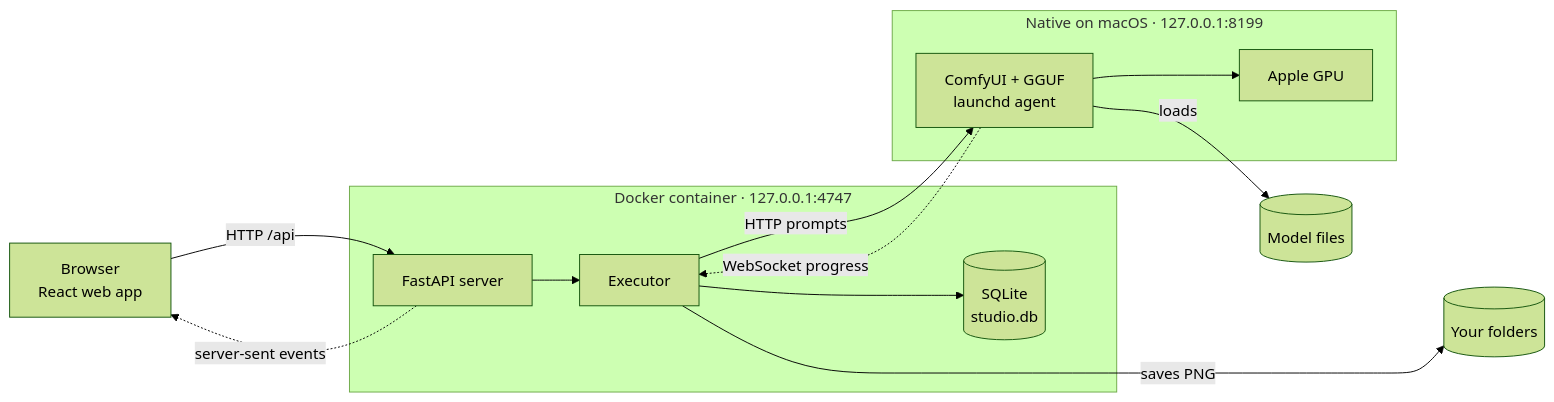
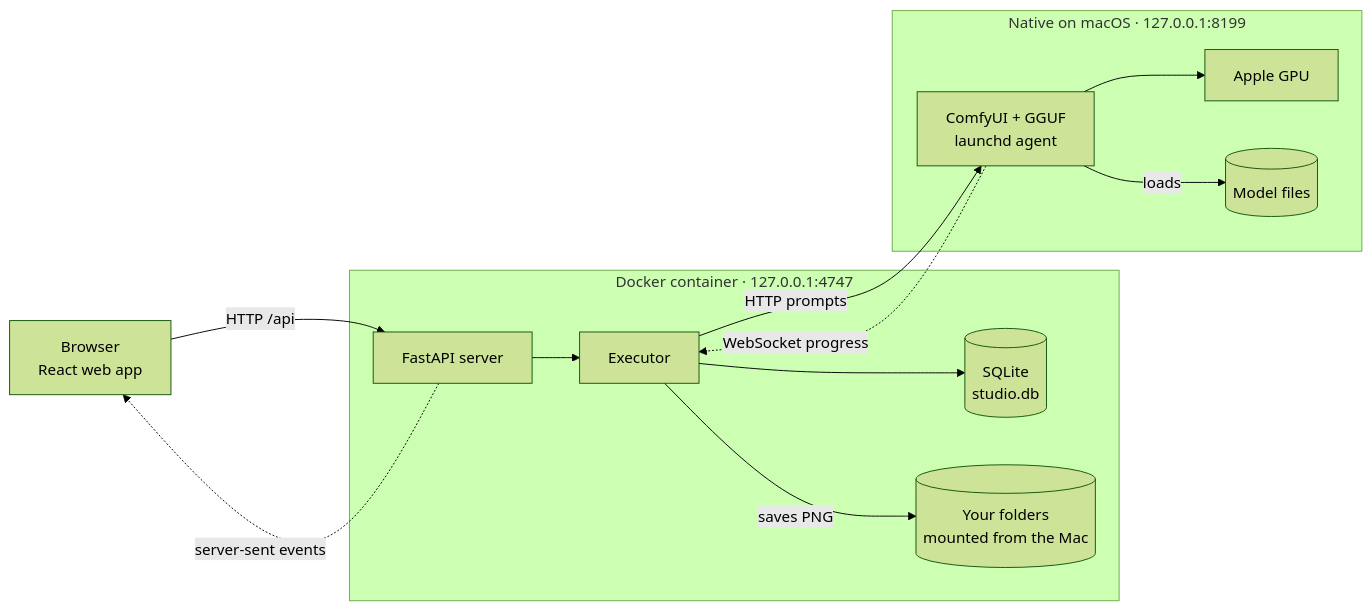
Before and after one commit to tamimKTH/image-studio: the first of 3 diagrams in docs/architecture.md, drawn with Mermaid (forest theme).

Commit message:
Docs: redraw the architecture diagram so no node sits under GitHub's zoom controls

````diff
--- a/docs/architecture.md
+++ b/docs/architecture.md
@@ -9,21 +9,19 @@
 ```mermaid
 flowchart LR
     UI["Browser<br/>React web app"] -->|"HTTP /api"| API
+    API -.->|"server-sent events"| UI
 
     subgraph Docker["Docker container · 127.0.0.1:4747"]
         API["FastAPI server"] --> EX["Executor"]
         EX --> DB[("SQLite<br/>studio.db")]
+        EX -->|"saves PNG"| FILES[("Your folders<br/>mounted from the Mac")]
     end
 
     EX -->|"HTTP prompts"| ENG
+    ENG -.->|"WebSocket progress"| EX
 
     subgraph Native["Native on macOS · 127.0.0.1:8199"]
         ENG["ComfyUI + GGUF<br/>launchd agent"] --> GPU["Apple GPU"]
+        ENG -->|loads| MODELS[("Model files")]
     end
-
-    ENG -.->|"WebSocket progress"| EX
-    API -.->|"server-sent events"| UI
-    ENG -->|loads| MODELS[("Model files")]
-    DB ~~~ FILES
-    EX ---->|"saves PNG"| FILES[("Your folders")]
 ```
````
